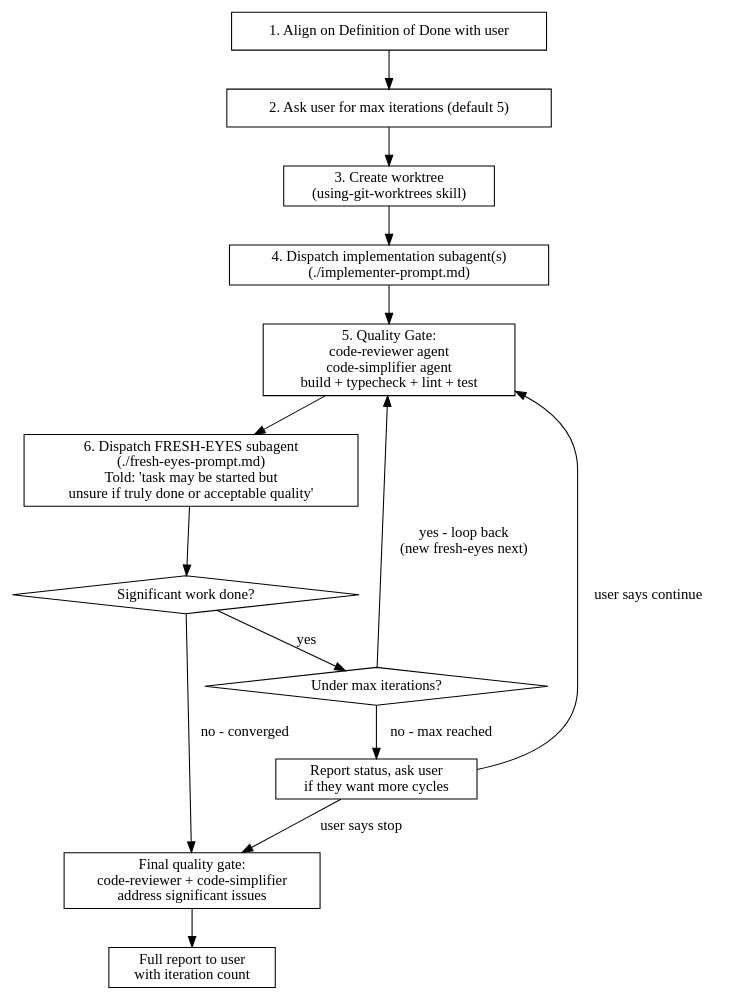
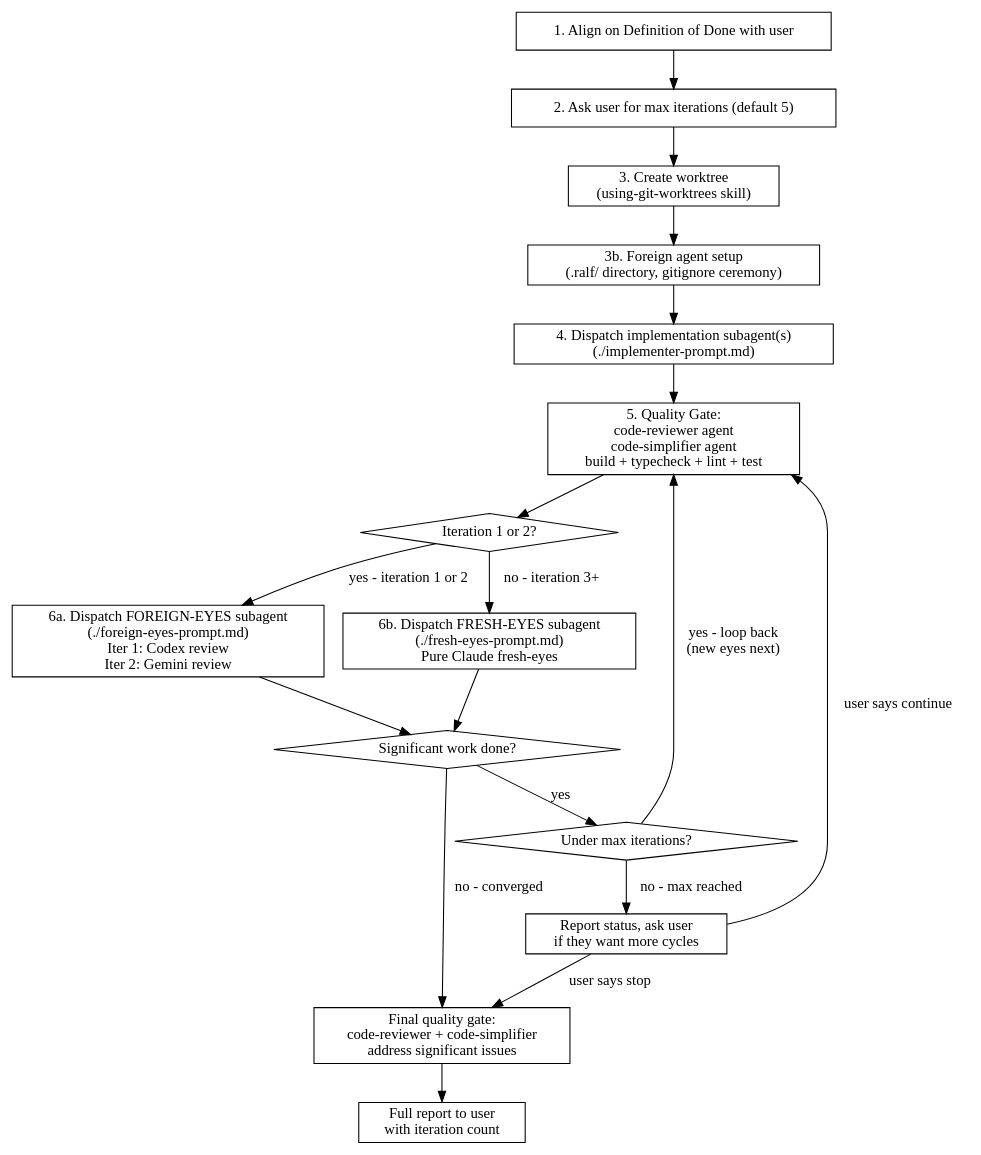
Before and after one commit to scotthamilton77/agents-config: the second of 2 diagrams in src/user/.claude/skills/ralf-it/SKILL.md, drawn with Graphviz. The commit also changed other lines of this file, not shown here.

Commit message:
feat(ralf-it): integrate foreign agent review into RALF loop

````diff
--- a/src/user/.claude/skills/ralf-it/SKILL.md
+++ b/src/user/.claude/skills/ralf-it/SKILL.md
@@ -39,32 +39,39 @@
 ```dot
 digraph ralf_process {
     rankdir=TB;
     node [shape=box];
 
     align [label="1. Align on Definition of Done with user"];
     ask_iters [label="2. Ask user for max iterations (default 5)"];
     worktree [label="3. Create worktree\n(using-git-worktrees skill)"];
+    foreign_setup [label="3b. Foreign agent setup\n(.ralf/ directory, gitignore ceremony)"];
     implement [label="4. Dispatch implementation subagent(s)\n(./implementer-prompt.md)"];
     quality_gate [label="5. Quality Gate:\ncode-reviewer agent\ncode-simplifier agent\nbuild + typecheck + lint + test"];
-    fresh_eyes [label="6. Dispatch FRESH-EYES subagent\n(./fresh-eyes-prompt.md)\nTold: 'task may be started but\nunsure if truly done or acceptable quality'"];
+    iter_check [label="Iteration 1 or 2?" shape=diamond];
+    foreign_eyes [label="6a. Dispatch FOREIGN-EYES subagent\n(./foreign-eyes-prompt.md)\nIter 1: Codex review\nIter 2: Gemini review"];
+    fresh_eyes [label="6b. Dispatch FRESH-EYES subagent\n(./fresh-eyes-prompt.md)\nPure Claude fresh-eyes"];
     significant [label="Significant work done?" shape=diamond];
     under_max [label="Under max iterations?" shape=diamond];
     ask_more [label="Report status, ask user\nif they want more cycles" shape=box];
     final_review [label="Final quality gate:\ncode-reviewer + code-simplifier\naddress significant issues"];
     report [label="Full report to user\nwith iteration count"];
 
     align -> ask_iters;
     ask_iters -> worktree;
-    worktree -> implement;
+    worktree -> foreign_setup;
+    foreign_setup -> implement;
     implement -> quality_gate;
-    quality_gate -> fresh_eyes;
+    quality_gate -> iter_check;
+    iter_check -> foreign_eyes [label="yes - iteration 1 or 2"];
+    iter_check -> fresh_eyes [label="no - iteration 3+"];
+    foreign_eyes -> significant;
     fresh_eyes -> significant;
     significant -> under_max [label="yes"];
     significant -> final_review [label="no - converged"];
-    under_max -> quality_gate [label="yes - loop back\n(new fresh-eyes next)"];
+    under_max -> quality_gate [label="yes - loop back\n(new eyes next)"];
     under_max -> ask_more [label="no - max reached"];
     ask_more -> quality_gate [label="user says continue"];
     ask_more -> final_review [label="user says stop"];
     final_review -> report;
 }
 ```
````
